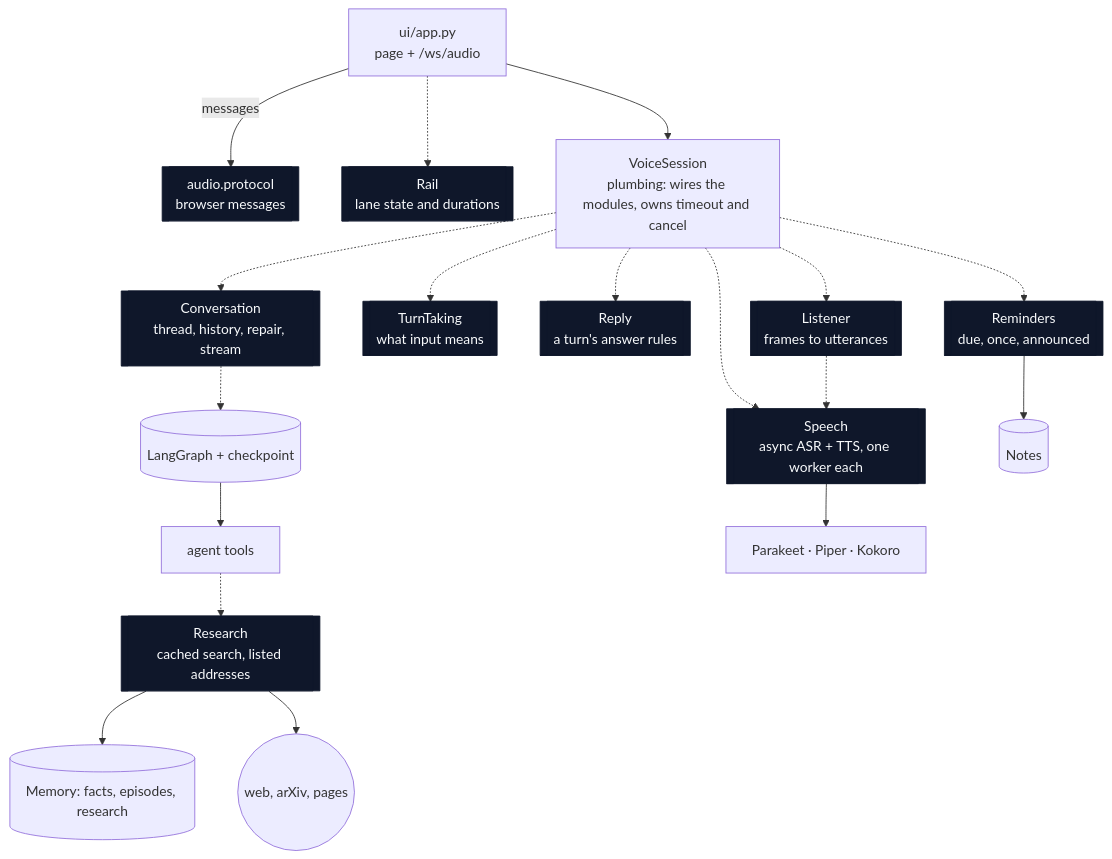
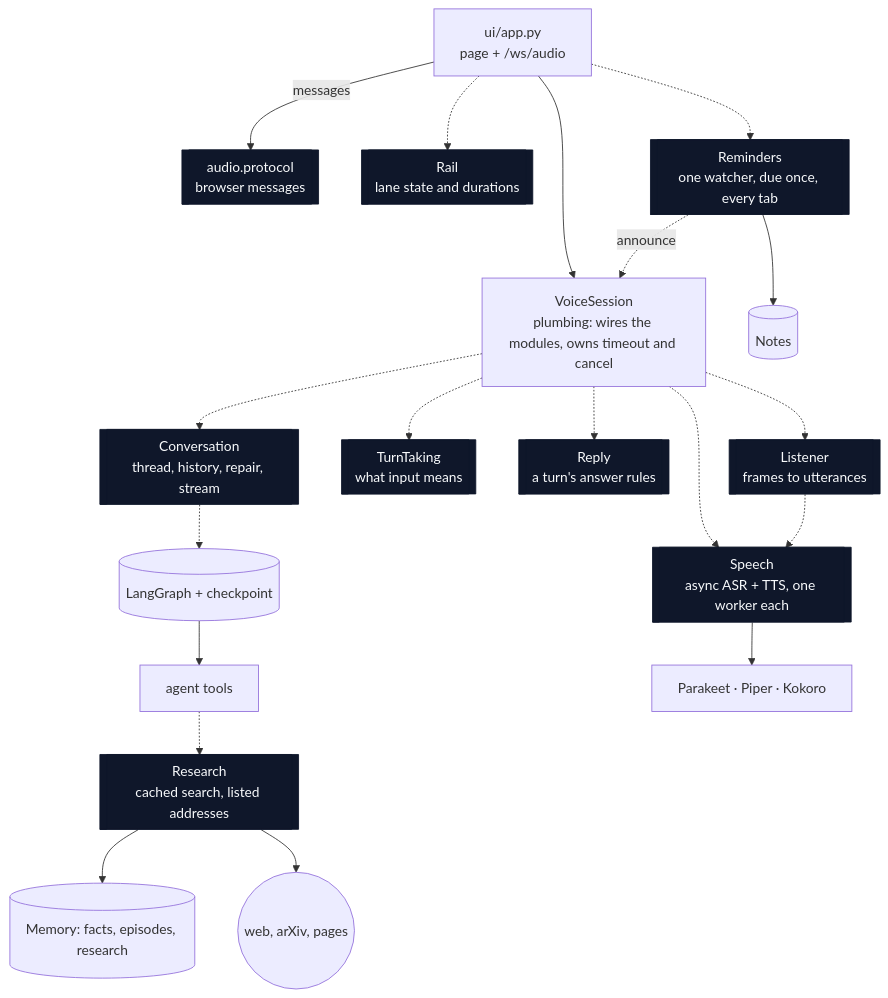
The second of 8 diagrams in docs/architecture.md (fodorad/voicemate), drawn with Mermaid before and after one commit. The commit also changed other lines of this file and 2 other files, not shown here.

````diff
--- a/docs/architecture.md
+++ b/docs/architecture.md
@@ -48,22 +48,23 @@
 ```mermaid
 flowchart TB
     UI[ui/app.py<br/>page + /ws/audio] -->|messages| PROTO[[audio.protocol<br/>browser messages]]
     UI -.-> RAIL[[Rail<br/>lane state and durations]]
     UI --> SESSION[VoiceSession<br/>plumbing: wires the modules, owns timeout and cancel]
     SESSION -.-> LISTEN[[Listener<br/>frames to utterances]]
     SESSION -.-> POLICY[[TurnTaking<br/>what input means]]
     SESSION -.-> REPLY[[Reply<br/>a turn's answer rules]]
-    SESSION -.-> REMIND[[Reminders<br/>due, once, announced]]
+    UI -.-> REMIND[[Reminders<br/>one watcher, due once, every tab]]
+    REMIND -.->|announce| SESSION
     SESSION -.-> CONV[[Conversation<br/>thread, history, repair, stream]]
     SESSION -.-> SPEECH[[Speech<br/>async ASR + TTS, one worker each]]
     LISTEN -.-> SPEECH
     CONV -.-> GRAPH[(LangGraph + checkpoint)]
     GRAPH --> TOOLS[agent tools]
     TOOLS -.-> RESEARCH[[Research<br/>cached search, listed addresses]]
     RESEARCH --> MEM[(Memory: facts, episodes, research)]
     REMIND --> NOTES[(Notes)]
     RESEARCH --> NET((web, arXiv, pages))
     SPEECH --> MODELS[Parakeet · Piper · Kokoro]
     classDef deep fill:#0f172a,color:#f8fafc,stroke:#0f172a;
     class POLICY,CONV,SPEECH,RESEARCH,PROTO,LISTEN,REPLY,REMIND,RAIL deep;
 ```
````
